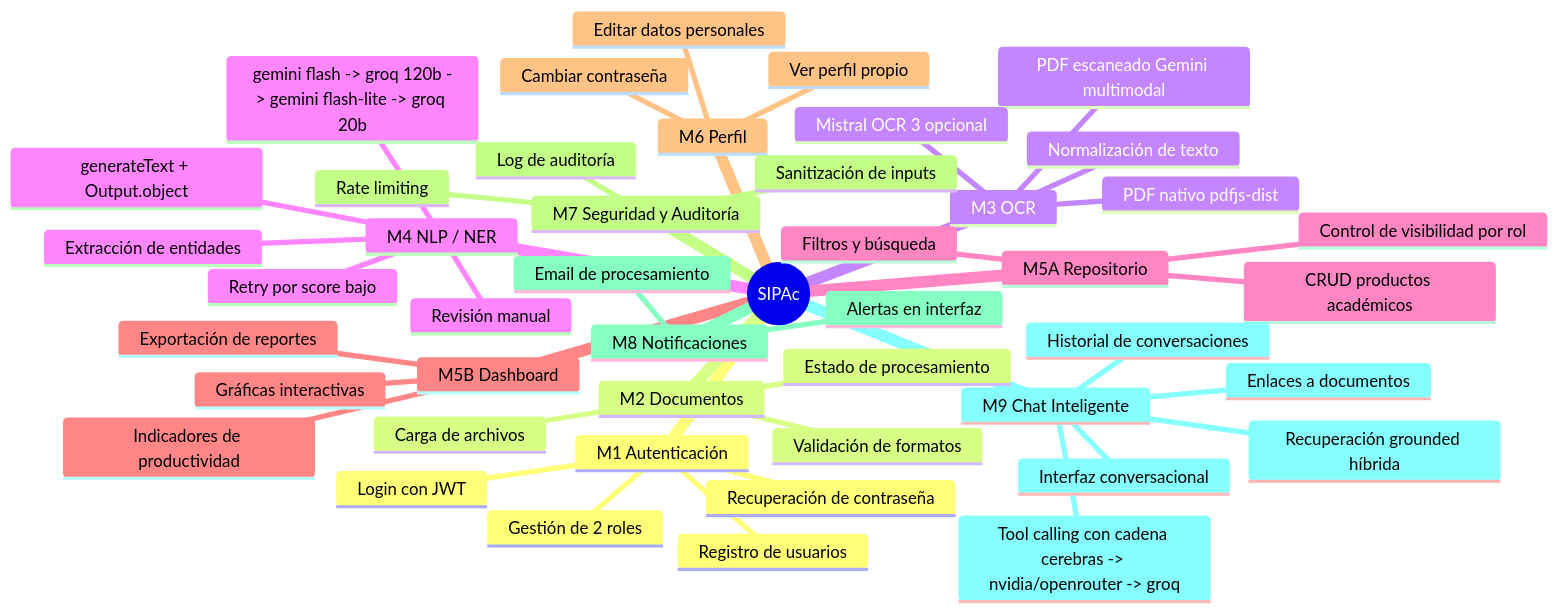
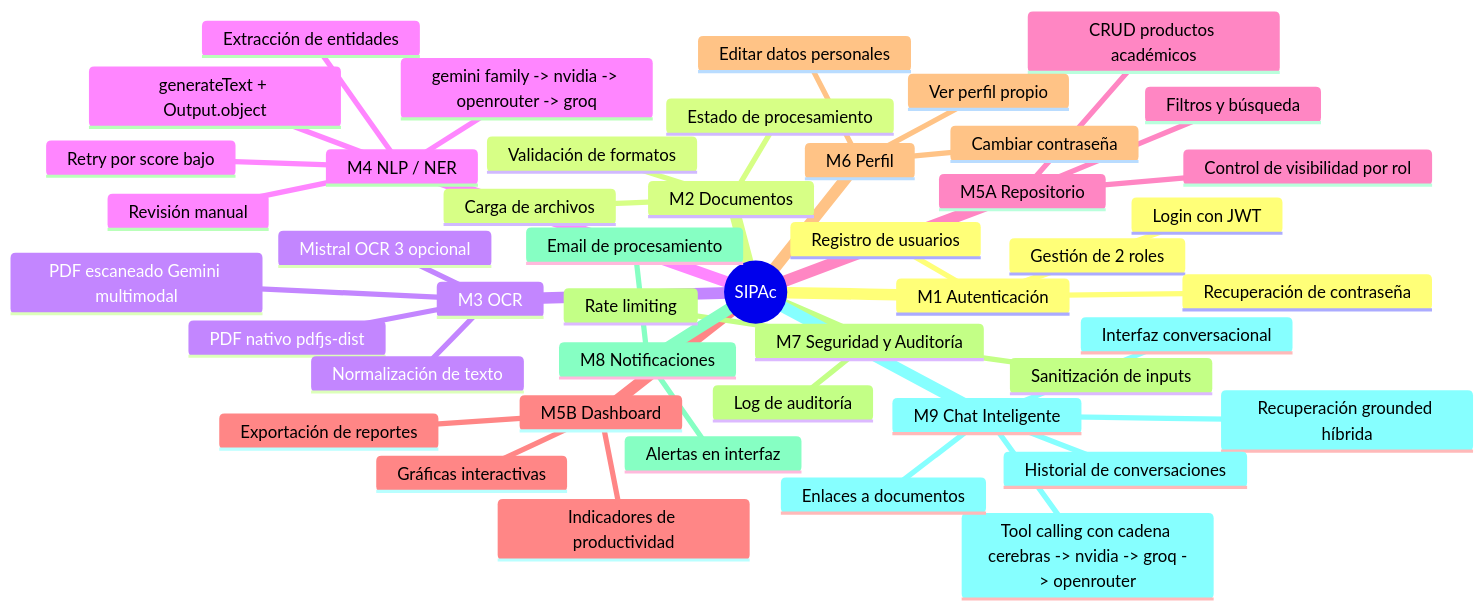
One commit to KarloZ7715/SIPAc changed the first of 3 diagrams in docs/analisis-diseno/documentacion/02-requisitos-funcionales.md. Above: the diagram before and after it, drawn with Mermaid. The commit also changed other lines of this file and 17 other files, not shown here.

Commit message:
docs(docs): actualizar diagramas y arquitectura de chat

````diff
--- a/docs/analisis-diseno/documentacion/02-requisitos-funcionales.md
+++ b/docs/analisis-diseno/documentacion/02-requisitos-funcionales.md
@@ -91,52 +91,52 @@
 ```mermaid
 ---
 id: 37baaeb4-dadb-4c3c-bf5e-b237b92bd6ce
 ---
 mindmap
   root((SIPAc))
     M1 Autenticación
       Registro de usuarios
       Login con JWT
       Gestión de 2 roles
       Recuperación de contraseña
     M2 Documentos
       Carga de archivos
       Validación de formatos
       Estado de procesamiento
     M3 OCR
       PDF nativo pdfjs-dist
       PDF escaneado Gemini multimodal
       Mistral OCR 3 opcional
       Normalización de texto
     M4 NLP / NER
       generateText + Output.object
-      gemini flash -> groq 120b -> gemini flash-lite -> groq 20b
+      gemini family -> nvidia -> openrouter -> groq
       Extracción de entidades
       Revisión manual
       Retry por score bajo
     M5A Repositorio
       CRUD productos académicos
       Filtros y búsqueda
       Control de visibilidad por rol
     M5B Dashboard
       Indicadores de productividad
       Gráficas interactivas
       Exportación de reportes
     M6 Perfil
       Ver perfil propio
       Editar datos personales
       Cambiar contraseña
     M7 Seguridad y Auditoría
       Sanitización de inputs
       Log de auditoría
       Rate limiting
     M8 Notificaciones
       Email de procesamiento
       Alertas en interfaz
     M9 Chat Inteligente
       Interfaz conversacional
       Recuperación grounded híbrida
-      Tool calling con cadena cerebras -> nvidia/openrouter -> groq
+      Tool calling con cadena cerebras -> nvidia -> groq -> openrouter
       Historial de conversaciones
       Enlaces a documentos
 ```
````
